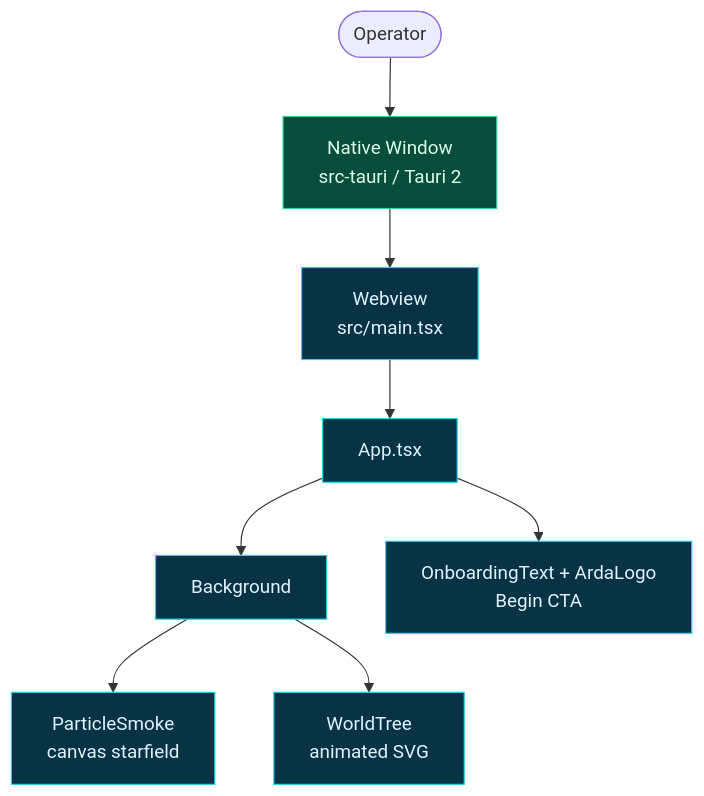
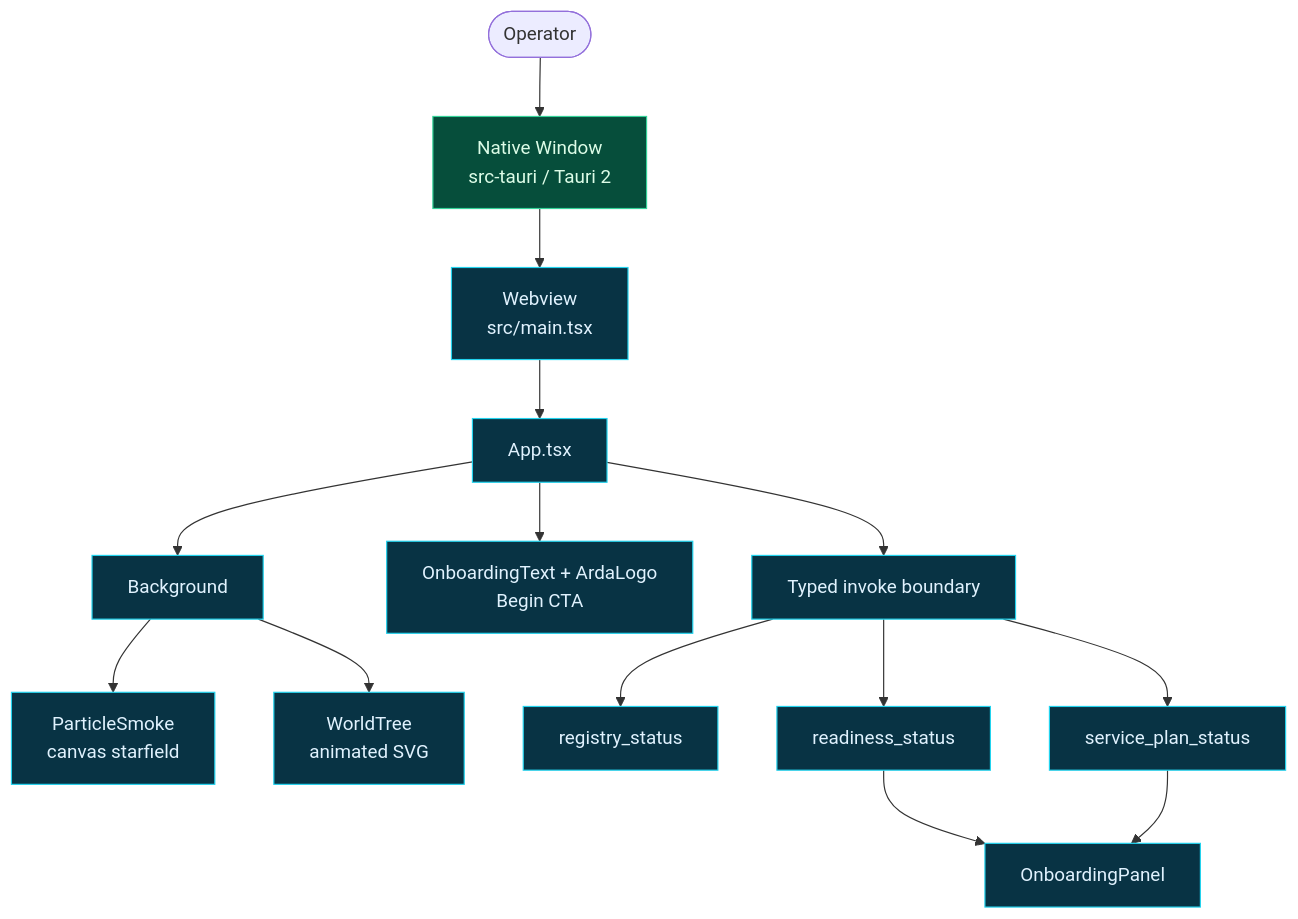
Before and after one commit to dward1502/Arda: the diagram in apps/arda-launcher/README.md, drawn with Mermaid. The commit also changed other lines of this file and 56 other files, not shown here.

````diff
--- a/apps/arda-launcher/README.md
+++ b/apps/arda-launcher/README.md
@@ -98,15 +115,21 @@
 ```mermaid
 flowchart TB
     user([Operator]) --> window[Native Window\nsrc-tauri / Tauri 2]
     window --> webview[Webview\nsrc/main.tsx]
     webview --> app[App.tsx]
     app --> bg[Background]
     bg --> particles[ParticleSmoke\ncanvas starfield]
     bg --> tree[WorldTree\nanimated SVG]
     app --> cta[OnboardingText + ArdaLogo\nBegin CTA]
+    app --> contract[Typed invoke boundary]
+    contract --> registry[registry_status]
+    contract --> readiness[readiness_status]
+    contract --> plan[service_plan_status]
+    readiness --> panel[OnboardingPanel]
+    plan --> panel
 
     classDef native fill:#064e3b,stroke:#34d399,color:#dcfce7
     classDef ui fill:#083344,stroke:#22d3ee,color:#e0f2fe
     class window native
-    class webview,app,bg,particles,tree,cta ui
+    class webview,app,bg,particles,tree,cta,contract,registry,readiness,plan,panel ui
 ```
````
